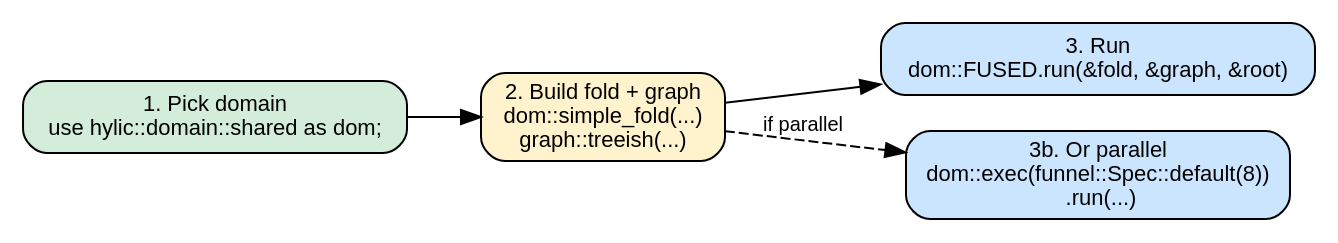
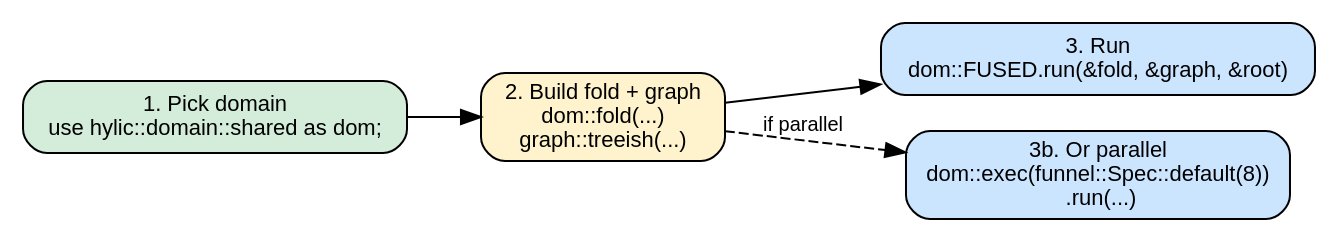
One commit to hylic-recursion/hylic-docs changed the third of 3 diagrams in book/src/guides/concept_map.md. Above: the diagram before and after it, drawn with Graphviz. The commit also changed 13 other files, not shown here.

First line of the commit message:
Docs: drop simple_fold references in line with core crate

````diff
--- a/book/src/guides/concept_map.md
+++ b/book/src/guides/concept_map.md
@@ -123,15 +123,15 @@
 ```dot process
 digraph {
     rankdir=LR;
     node [shape=box, style="rounded,filled", fillcolor="#f5f5f5", fontname="sans-serif", fontsize=11];
     edge [fontname="sans-serif", fontsize=10];
 
     pick [label="1. Pick domain\nuse hylic::domain::shared as dom;", fillcolor="#d4edda"];
-    build [label="2. Build fold + graph\ndom::simple_fold(...)\ngraph::treeish(...)", fillcolor="#fff3cd"];
+    build [label="2. Build fold + graph\ndom::fold(...)\ngraph::treeish(...)", fillcolor="#fff3cd"];
     run [label="3. Run\ndom::FUSED.run(&fold, &graph, &root)", fillcolor="#cce5ff"];
     par [label="3b. Or parallel\ndom::exec(funnel::Spec::default(8))\n  .run(...)", fillcolor="#cce5ff"];
 
     pick -> build -> run;
     build -> par [style=dashed, label="if parallel"];
 }
 ```
````
